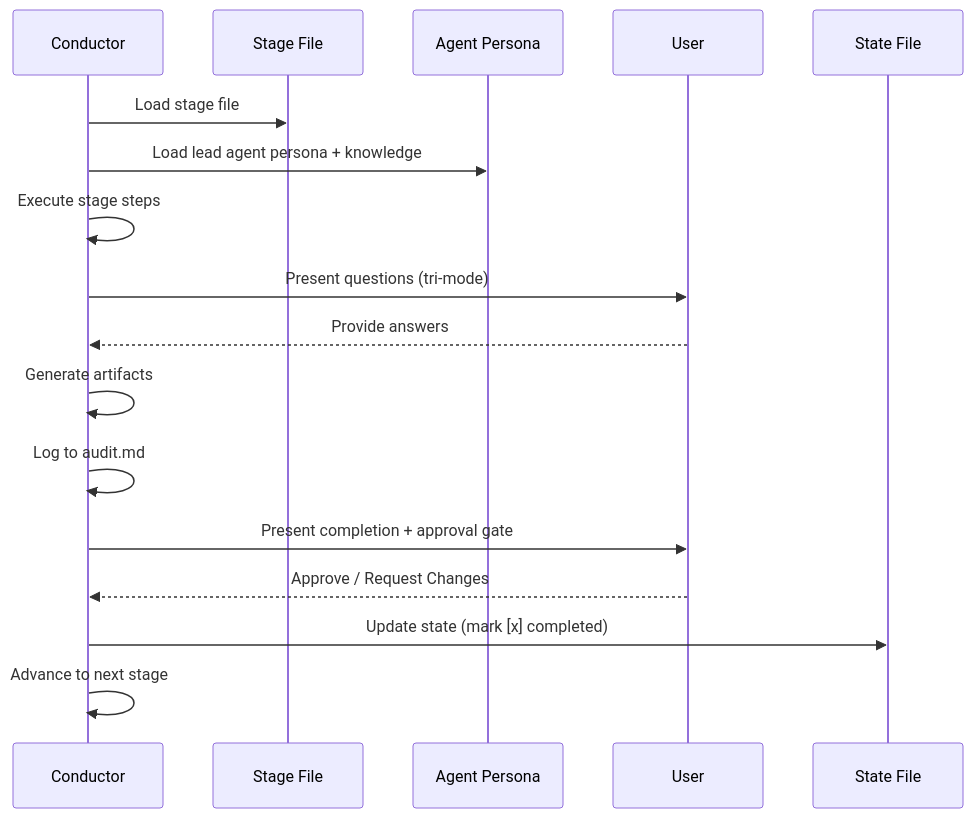
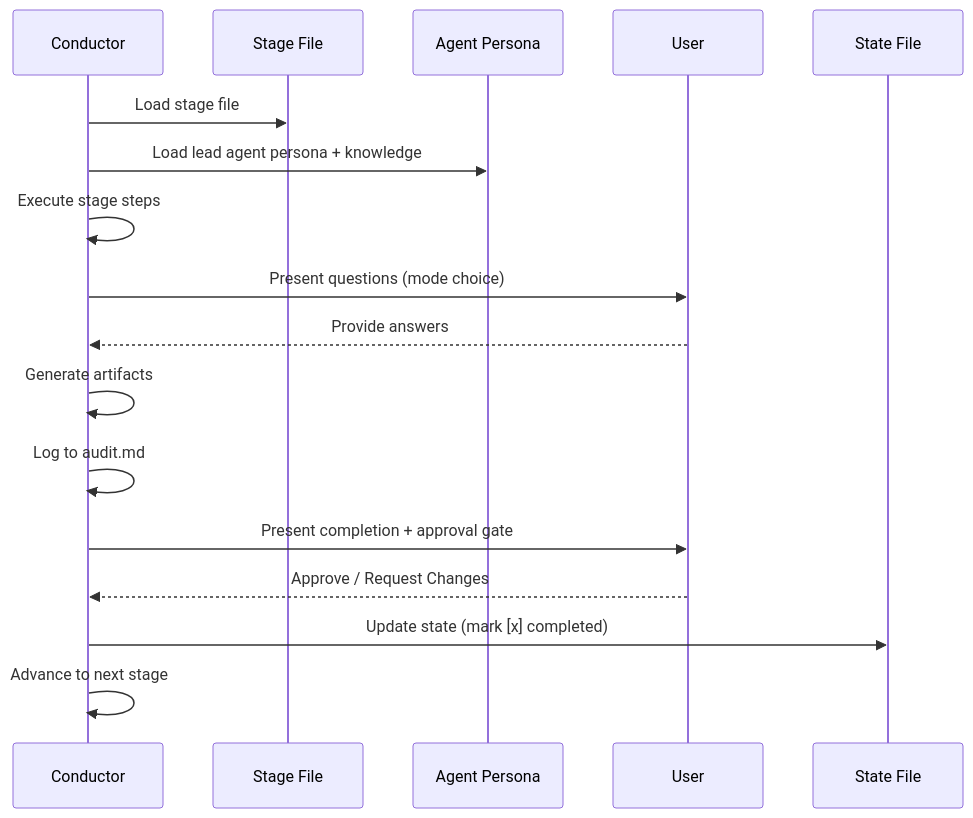
The third of 4 diagrams in docs/reference/01-architecture.md (amadeus-dlc/amadeus), drawn with Mermaid before and after one commit. The commit also changed other lines of this file and 103 other files, not shown here.

````diff
--- a/docs/reference/01-architecture.md
+++ b/docs/reference/01-architecture.md
@@ -210,20 +210,20 @@
 ```mermaid
 sequenceDiagram
     participant O as Conductor
     participant S as Stage File
     participant A as Agent Persona
     participant U as User
     participant ST as State File
 
     O->>S: Load stage file
     O->>A: Load lead agent persona + knowledge
     O->>O: Execute stage steps
-    O->>U: Present questions (tri-mode)
+    O->>U: Present questions (mode choice)
     U-->>O: Provide answers
     O->>O: Generate artifacts
     O->>O: Log to audit.md
     O->>U: Present completion + approval gate
     U-->>O: Approve / Request Changes
     O->>ST: Update state (mark [x] completed)
     O->>O: Advance to next stage
 ```
````
